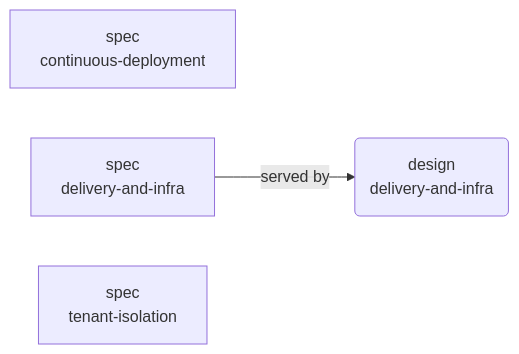
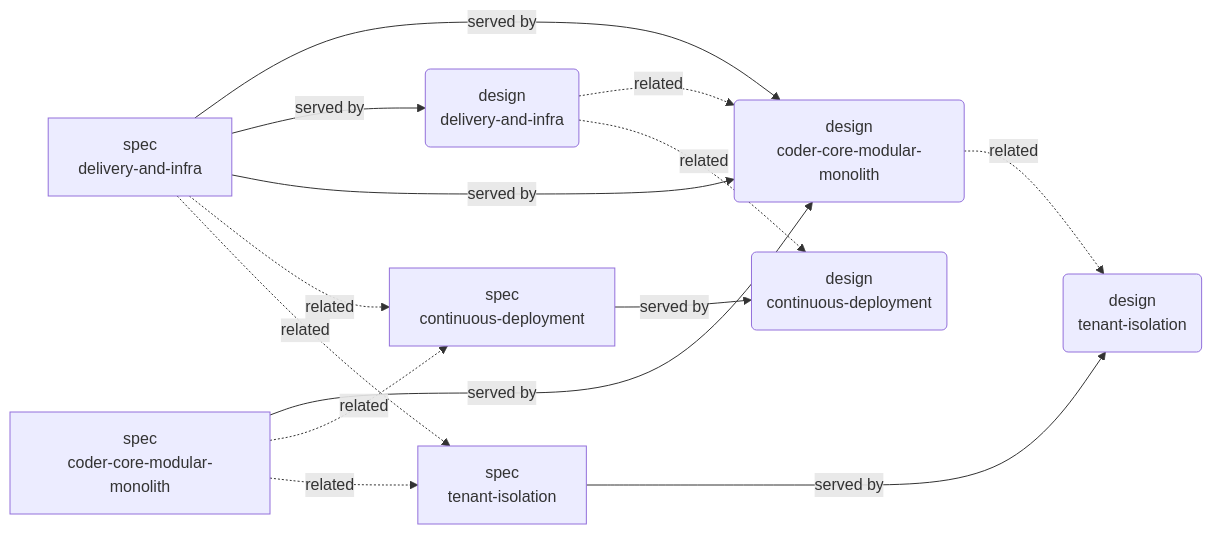
Before and after one commit to coder-devx/coder-system: the fifth of 6 diagrams in system/GRAPH.md, drawn with Mermaid. The commit also changed other lines of this file and 128 other files, not shown here.

````diff
--- a/system/GRAPH.md
+++ b/system/GRAPH.md
@@ -115,8 +363,24 @@
 ```mermaid
 flowchart LR
-  n000("design<br/>delivery-and-infra")
-  n001["spec<br/>continuous-deployment"]
-  n002["spec<br/>delivery-and-infra"]
-  n003["spec<br/>tenant-isolation"]
-  n002 -->|served by| n000
+  n000("design<br/>coder-core-modular-monolith")
+  n001("design<br/>continuous-deployment")
+  n002("design<br/>delivery-and-infra")
+  n003("design<br/>tenant-isolation")
+  n004["spec<br/>coder-core-modular-monolith"]
+  n005["spec<br/>continuous-deployment"]
+  n006["spec<br/>delivery-and-infra"]
+  n007["spec<br/>tenant-isolation"]
+  n006 -->|served by| n000
+  n000 -.->|related| n003
+  n005 -->|served by| n001
+  n006 -->|served by| n002
+  n002 -.->|related| n000
+  n002 -.->|related| n001
+  n007 -->|served by| n003
+  n004 -->|served by| n000
+  n004 -.->|related| n005
+  n004 -.->|related| n007
+  n006 -->|served by| n000
+  n006 -.->|related| n005
+  n006 -.->|related| n007
 ```
````
